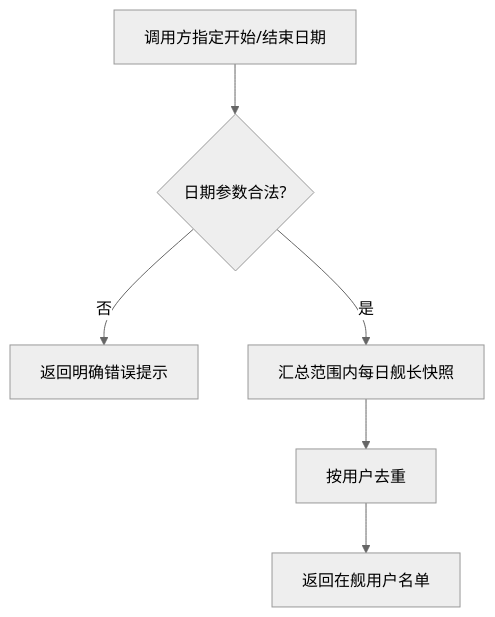
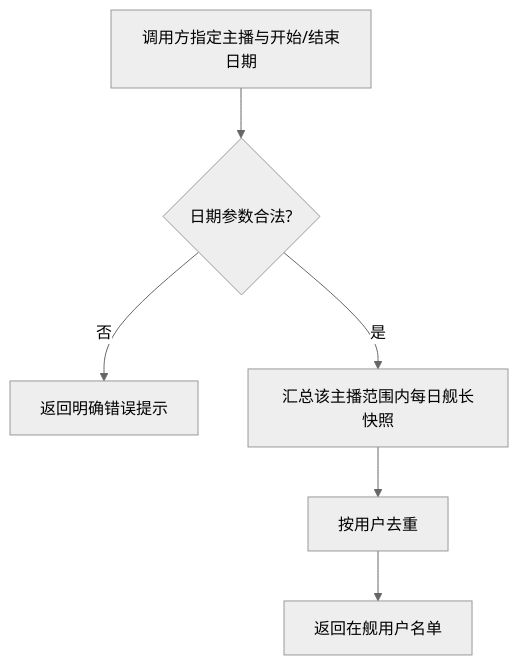
Before and after one commit to Deliay/z-vtuber: the diagram in docs/product/draft/20260903-live-guard-onboard-query-prd.md, drawn with Mermaid (neutral theme). The commit also changed other lines of this file and 1 other file, not shown here.

````diff
--- a/docs/product/draft/20260903-live-guard-onboard-query-prd.md
+++ b/docs/product/draft/20260903-live-guard-onboard-query-prd.md
@@ -78,8 +79,8 @@
 ```mermaid
 flowchart TD
-    A[调用方指定开始/结束日期] --> B{日期参数合法?}
+    A[调用方指定主播与开始/结束日期] --> B{日期参数合法?}
     B -->|否| C[返回明确错误提示]
-    B -->|是| D[汇总范围内每日舰长快照]
+    B -->|是| D[汇总该主播范围内每日舰长快照]
     D --> E[按用户去重]
     E --> F[返回在舰用户名单]
 ```
````
